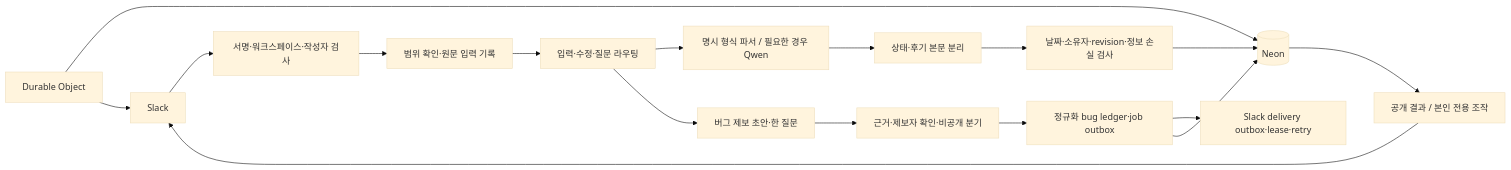
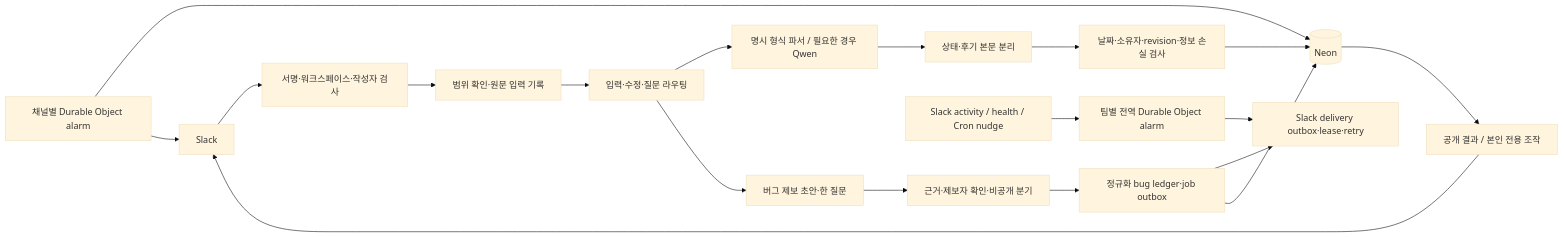
One commit to Betalgeuse/otl1 changed the first of 2 diagrams in docs/ARCHITECTURE.md. Above: the diagram before and after it, drawn with Mermaid (base theme). The commit also changed other lines of this file and 8 other files, not shown here.

````diff
--- a/docs/ARCHITECTURE.md
+++ b/docs/ARCHITECTURE.md
@@ -5,19 +5,21 @@
 ```mermaid
 flowchart LR
   Slack --> Signature[서명·워크스페이스·작성자 검사]
   Signature --> Intake[범위 확인·원문 입력 기록]
   Intake --> Router[입력·수정·질문 라우팅]
   Router --> Parser[명시 형식 파서 / 필요한 경우 Qwen]
   Parser --> Decision[상태·후기 본문 분리]
   Decision --> Guard[날짜·소유자·revision·정보 손실 검사]
   Router --> BugIntake[버그 제보 초안·한 질문]
   BugIntake --> BugGuard[근거·제보자 확인·비공개 분기]
   BugGuard --> BugLedger[정규화 bug ledger·job outbox]
   BugLedger --> Delivery[Slack delivery outbox·lease·retry]
   Guard --> DB[(Neon)]
   BugLedger --> DB
   DB --> Output[공개 결과 / 본인 전용 조작]
   Output --> Slack
-  Clock[Durable Object] --> DB
+  Activity[Slack activity / health / Cron nudge] --> GlobalBugClock[팀별 전역 Durable Object alarm]
+  GlobalBugClock --> Delivery
+  Clock[채널별 Durable Object alarm] --> DB
   Clock --> Slack
 ```
````
